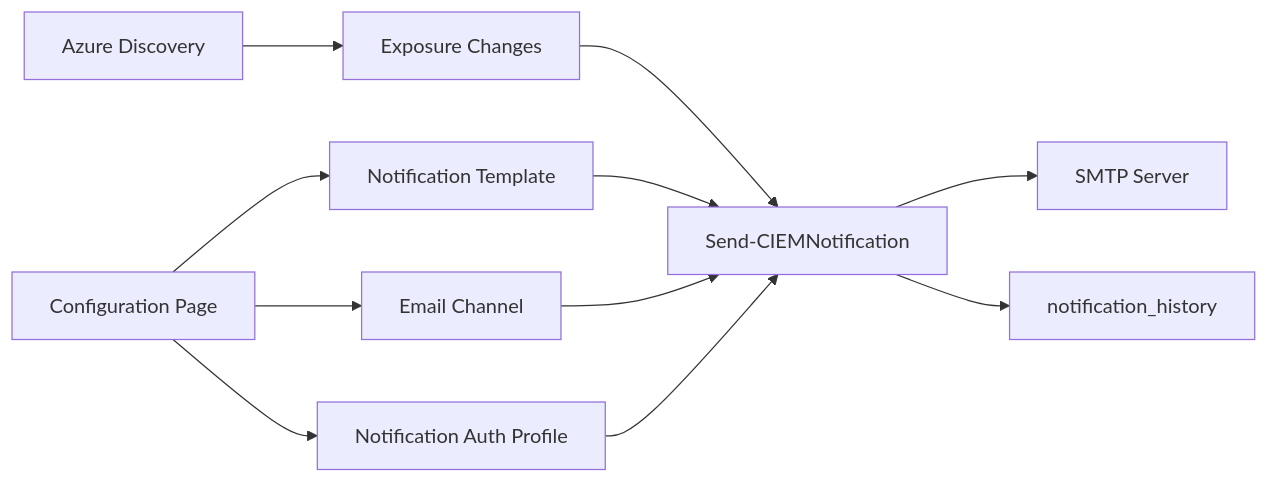
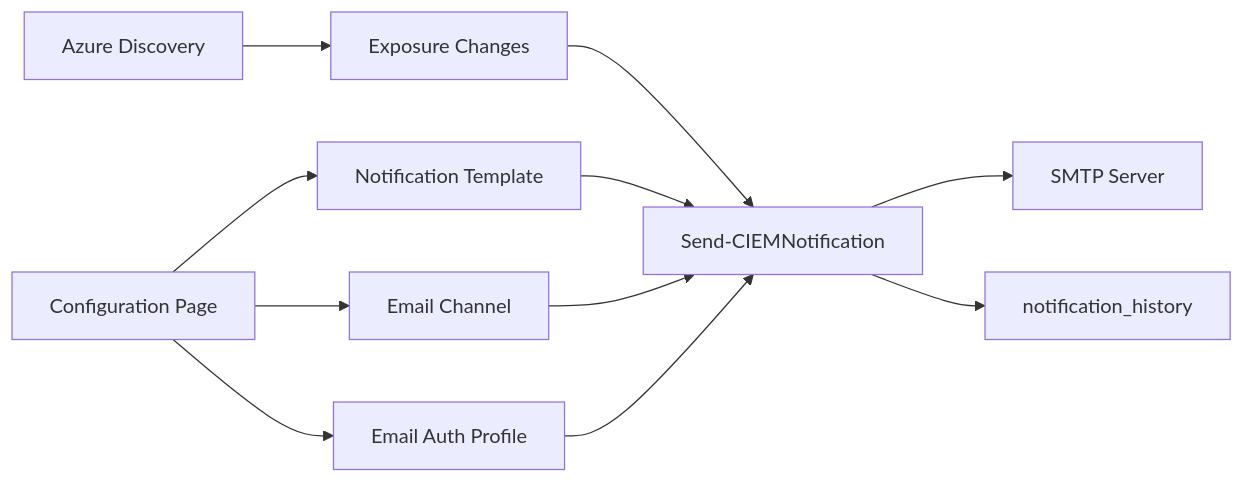
One commit to adbertram/Devolutions-CIEM changed the diagram in docs/designs/notifications-channels.md. Above: the diagram before and after it, drawn with Mermaid. The commit also changed other lines of this file and 63 other files, not shown here.

````diff
--- a/docs/designs/notifications-channels.md
+++ b/docs/designs/notifications-channels.md
@@ -11,13 +11,13 @@
 ```mermaid
 flowchart LR
     Discovery["Azure Discovery"] --> Changes["Exposure Changes"]
     Changes --> Send["Send-CIEMNotification"]
     Config["Configuration Page"] --> Notification["Notification Template"]
     Config --> Channel["Email Channel"]
-    Config --> AuthProfile["Notification Auth Profile"]
+    Config --> AuthProfile["Email Auth Profile"]
     Notification --> Send
     Channel --> Send
     AuthProfile --> Send
     Send --> SMTP["SMTP Server"]
     Send --> History["notification_history"]
 ```
````
